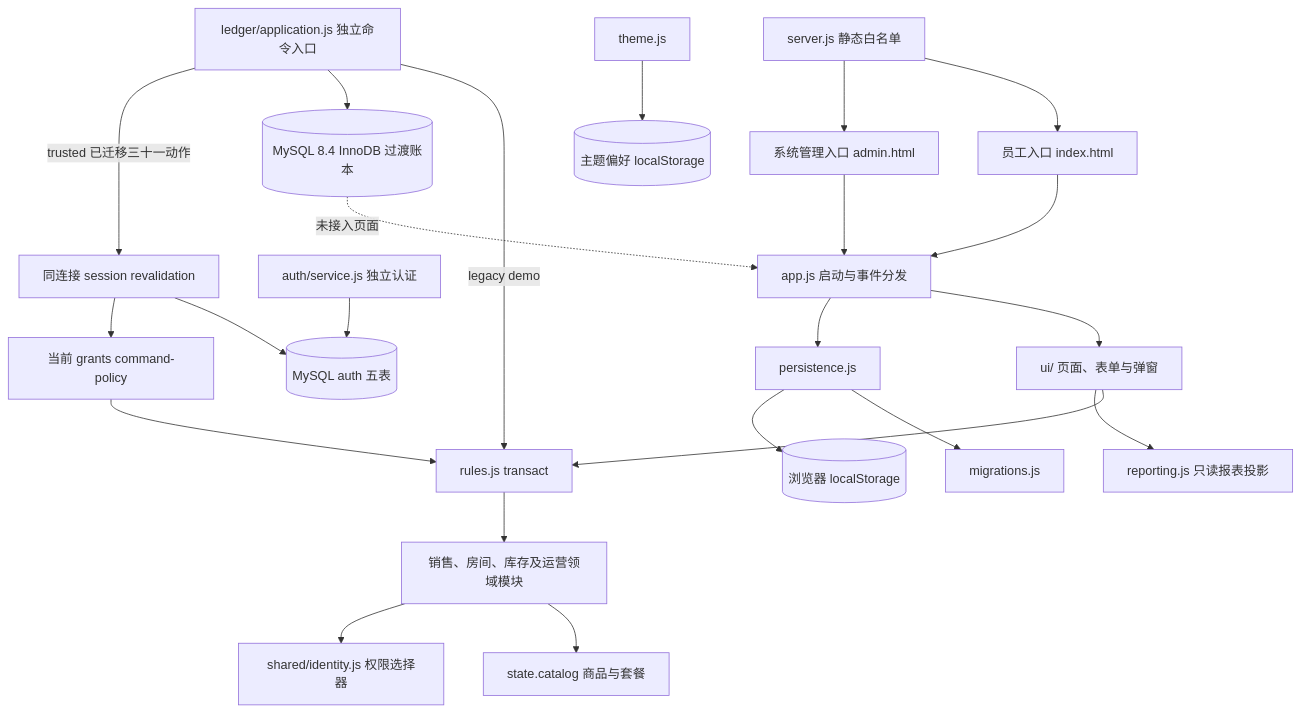
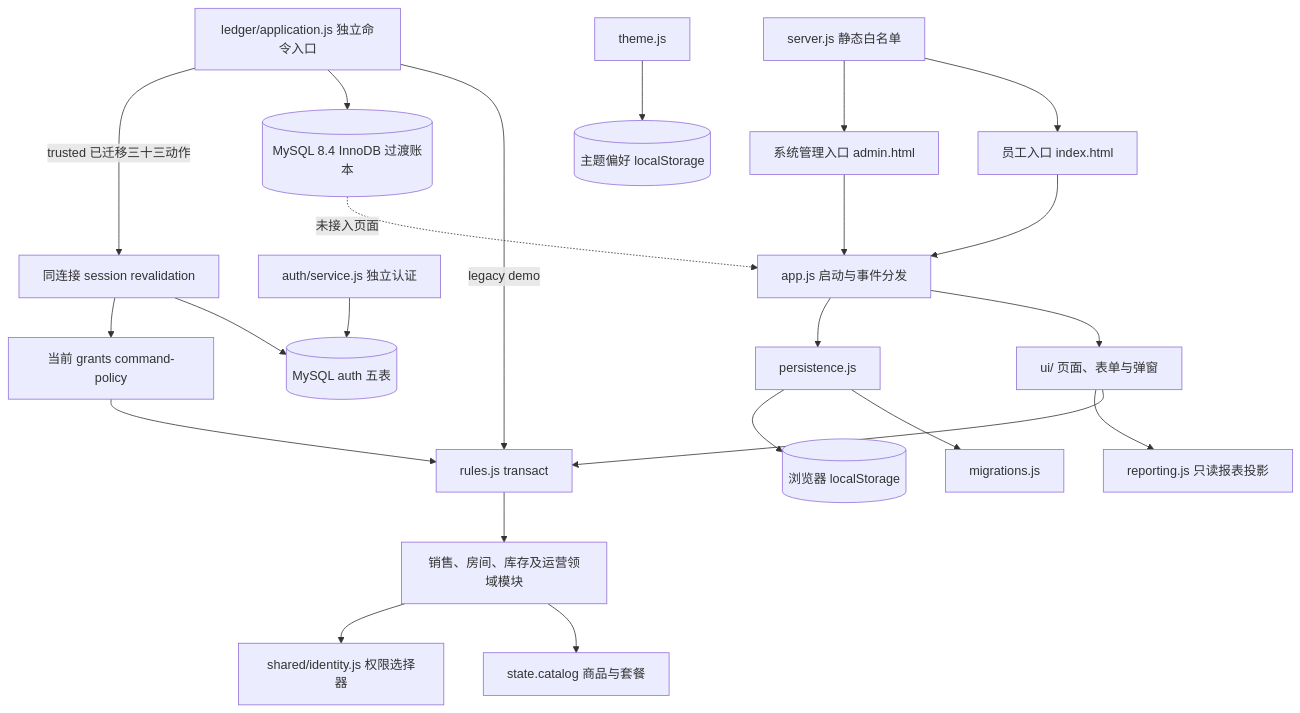
The diagram in docs/ARCHITECTURE.md (Richard-Zhuo/codex-KTV), drawn with Mermaid before and after one commit. The commit also changed other lines of this file and 21 other files, not shown here.

````diff
--- a/docs/ARCHITECTURE.md
+++ b/docs/ARCHITECTURE.md
@@ -7,25 +7,25 @@
 ```mermaid
 flowchart TD
   E[员工入口 index.html] --> APP[app.js 启动与事件分发]
   A[系统管理入口 admin.html] --> APP
   APP --> UI[ui/ 页面、表单与弹窗]
   APP --> P[persistence.js]
   P --> M[migrations.js]
   P --> LS[(浏览器 localStorage)]
   UI --> TX[rules.js transact]
   TX --> D[销售、房间、库存及运营领域模块]
   UI --> REP[reporting.js 只读报表投影]
   D --> C[state.catalog 商品与套餐]
   D --> ID[shared/identity.js 权限选择器]
   T[theme.js] --> PREF[(主题偏好 localStorage)]
   S[server.js 静态白名单] --> E
   S --> A
   L[ledger/application.js 独立命令入口] -->|legacy demo| TX
   L --> DB[(MySQL 8.4 InnoDB 过渡账本)]
   AUTH[auth/service.js 独立认证] --> AUTHDB[(MySQL auth 五表)]
-  L -->|trusted 已迁移三十一动作| RV[同连接 session revalidation]
+  L -->|trusted 已迁移三十三动作| RV[同连接 session revalidation]
   RV --> AUTHDB
   RV --> CP[当前 grants command-policy]
   CP --> TX
   DB -. 未接入页面 .-> APP
 ```
````
